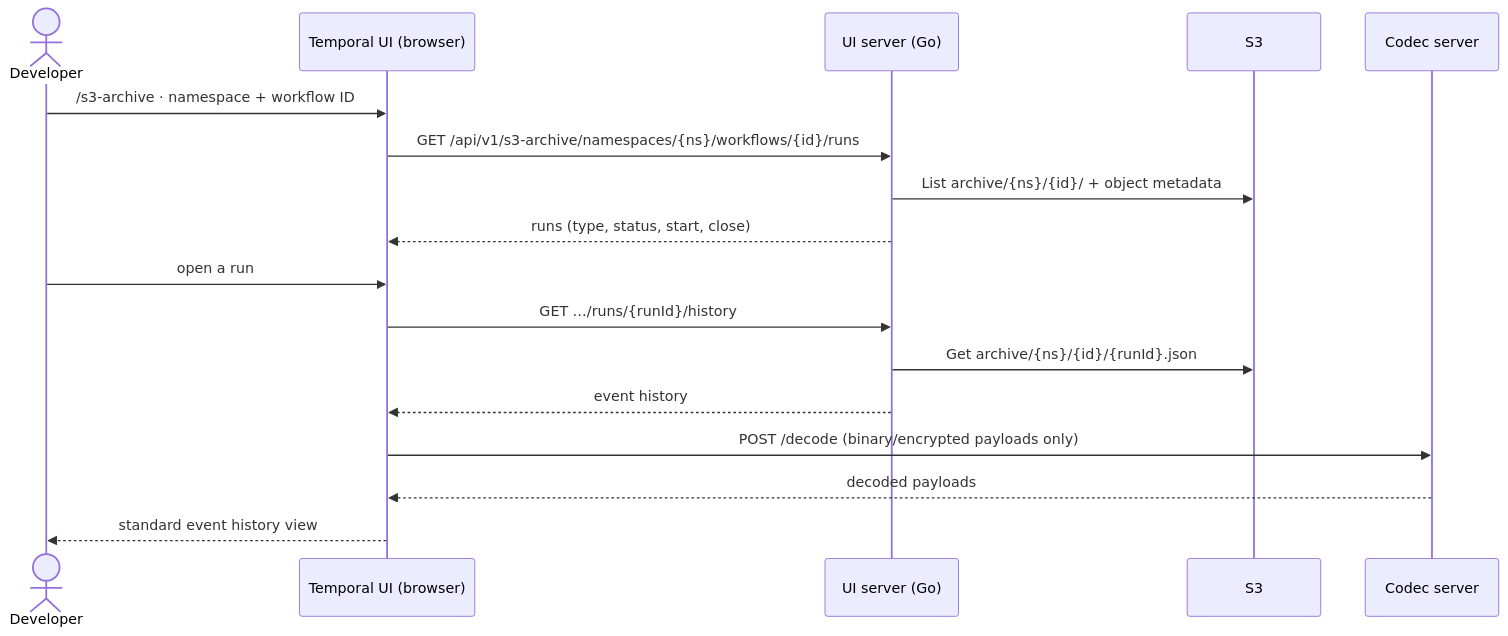
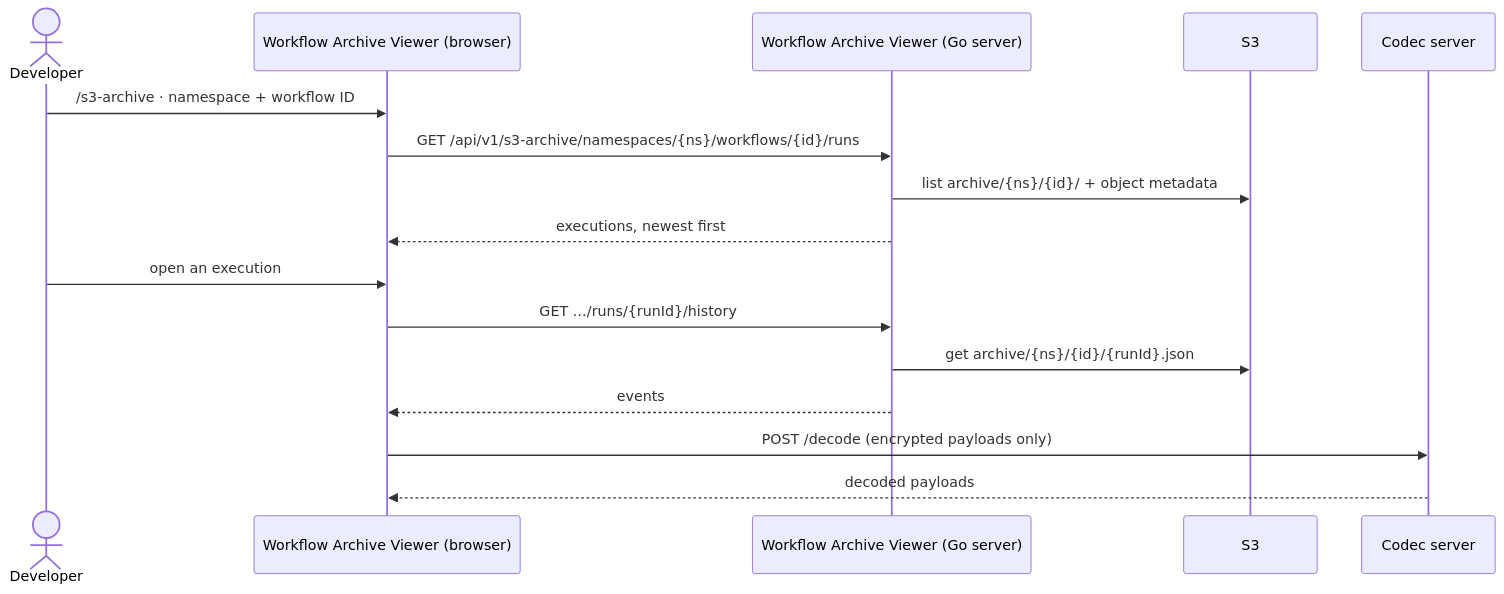
Before and after one commit to technoidentity-kuncha/temporal-cloud-elk-kit: the third of 4 diagrams in s3-archive/README.md, drawn with Mermaid. The commit also changed other lines of this file, not shown here.

Commit message:
docs: clarify archive viewer setup and trigger options

````diff
--- a/s3-archive/README.md
+++ b/s3-archive/README.md
@@ -22,19 +122,18 @@
 ```mermaid
 sequenceDiagram
   actor Dev as Developer
-  participant UI as Temporal UI (browser)
-  participant US as UI server (Go)
+  participant UI as Workflow Archive Viewer (browser)
+  participant US as Workflow Archive Viewer (Go server)
   participant S3
   participant CS as Codec server
   Dev->>UI: /s3-archive · namespace + workflow ID
   UI->>US: GET /api/v1/s3-archive/namespaces/{ns}/workflows/{id}/runs
-  US->>S3: List archive/{ns}/{id}/ + object metadata
-  US-->>UI: runs (type, status, start, close)
-  Dev->>UI: open a run
+  US->>S3: list archive/{ns}/{id}/ + object metadata
+  US-->>UI: executions, newest first
+  Dev->>UI: open an execution
   UI->>US: GET …/runs/{runId}/history
-  US->>S3: Get archive/{ns}/{id}/{runId}.json
-  US-->>UI: event history
-  UI->>CS: POST /decode (binary/encrypted payloads only)
+  US->>S3: get archive/{ns}/{id}/{runId}.json
+  US-->>UI: events
+  UI->>CS: POST /decode (encrypted payloads only)
   CS-->>UI: decoded payloads
-  UI-->>Dev: standard event history view
 ```
````
